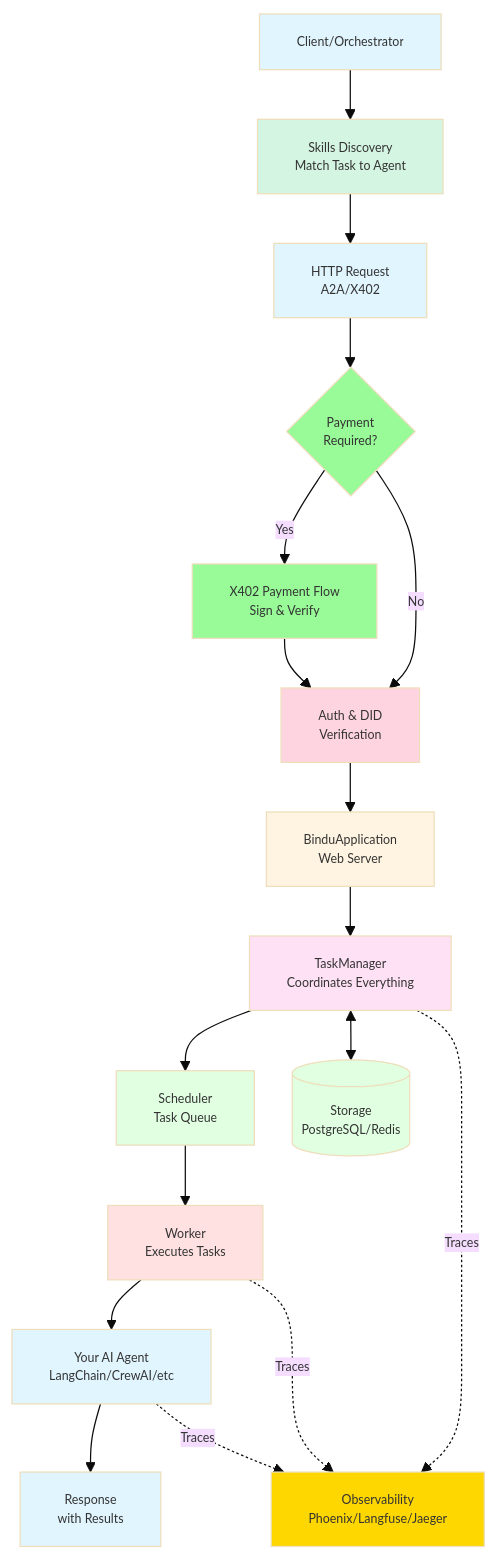
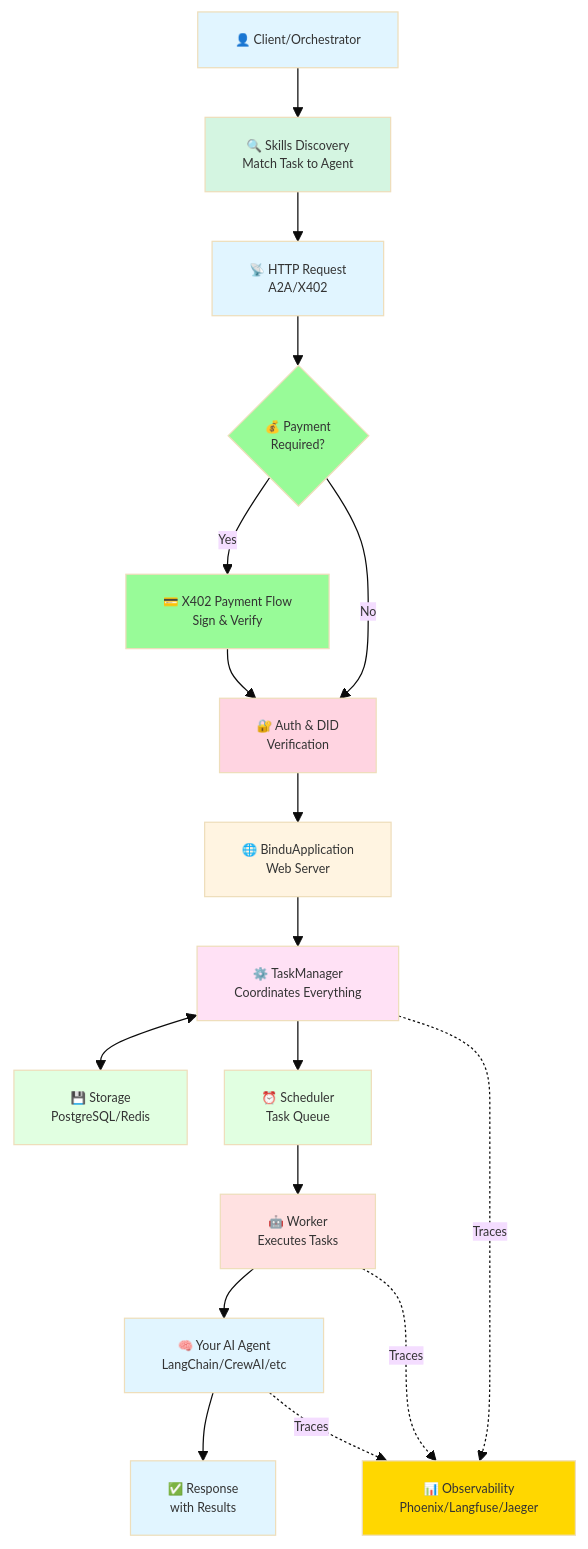
The first of 2 diagrams in bindu/introduction/key-concepts.mdx (raahulrahl/docs), drawn with Mermaid before and after one commit. The commit also changed other lines of this file and 1 other file, not shown here.

````diff
--- a/bindu/introduction/key-concepts.mdx
+++ b/bindu/introduction/key-concepts.mdx
@@ -7,44 +9,45 @@
 ```mermaid
 %%{init: {'theme':'base', 'themeVariables': { 'fontSize':'10px'}, 'flowchart':{'nodeSpacing': 30, 'rankSpacing': 40}}}%%
 graph TB
-    Client[Client/Orchestrator] --> Discovery[Skills Discovery<br/>Match Task to Agent]
+    Client[👤 Client/Orchestrator] --> Discovery[🔍 Skills Discovery<br/>Match Task to Agent]
     
-    Discovery --> Request[HTTP Request<br/>A2A/X402]
+    Discovery --> Request[📡 HTTP Request<br/>A2A/X402]
     
-    Request --> Payment{Payment<br/>Required?}
-    Payment -->|Yes| PayFlow[X402 Payment Flow<br/>Sign & Verify]
-    Payment -->|No| Auth[Auth & DID<br/>Verification]
+    Request --> Payment{💰 Payment<br/>Required?}
+    Payment -->|Yes| PayFlow[💳 X402 Payment Flow<br/>Sign & Verify]
+    Payment -->|No| Auth[🔐 Auth & DID<br/>Verification]
     PayFlow --> Auth
     
-    Auth --> Server[BinduApplication<br/>Web Server]
+    Auth --> Server[🌐 BinduApplication<br/>Web Server]
     
-    Server --> Manager[TaskManager<br/>Coordinates Everything]
+    Server --> Manager[⚙️ TaskManager<br/>Coordinates Everything]
     
-    Manager --> Queue[Scheduler<br/>Task Queue]
-    Manager <--> Storage[(Storage<br/>PostgreSQL/Redis)]
+    Manager <--> Storage[💾 Storage<br/>PostgreSQL/Redis]
     
-    Queue --> Worker[Worker<br/>Executes Tasks]
+    Manager --> Queue[⏰ Scheduler<br/>Task Queue]
     
-    Worker --> Agent[Your AI Agent<br/>LangChain/CrewAI/etc]
+    Queue --> Worker[🤖 Worker<br/>Executes Tasks]
     
-    Agent --> Response[Response<br/>with Results]
+    Worker --> Agent[🧠 Your AI Agent<br/>LangChain/CrewAI/etc]
     
-    Manager -.Traces.-> Observability[Observability<br/>Phoenix/Langfuse/Jaeger]
+    Agent --> Response[✅ Response<br/>with Results]
+    
+    Manager -.Traces.-> Observability[📊 Observability<br/>Phoenix/Langfuse/Jaeger]
     Worker -.Traces.-> Observability
     Agent -.Traces.-> Observability
     
     style Client fill:#e1f5ff
     style Discovery fill:#d4f5e1
     style Request fill:#e1f5ff
     style Payment fill:#98fb98
     style PayFlow fill:#98fb98
     style Auth fill:#ffd4e1
     style Server fill:#fff4e1
     style Manager fill:#ffe1f5
     style Queue fill:#e1ffe1
     style Worker fill:#ffe1e1
     style Agent fill:#e1f5ff
     style Response fill:#e1f5ff
     style Storage fill:#e1ffe1
     style Observability fill:#ffd700
 ```
````
